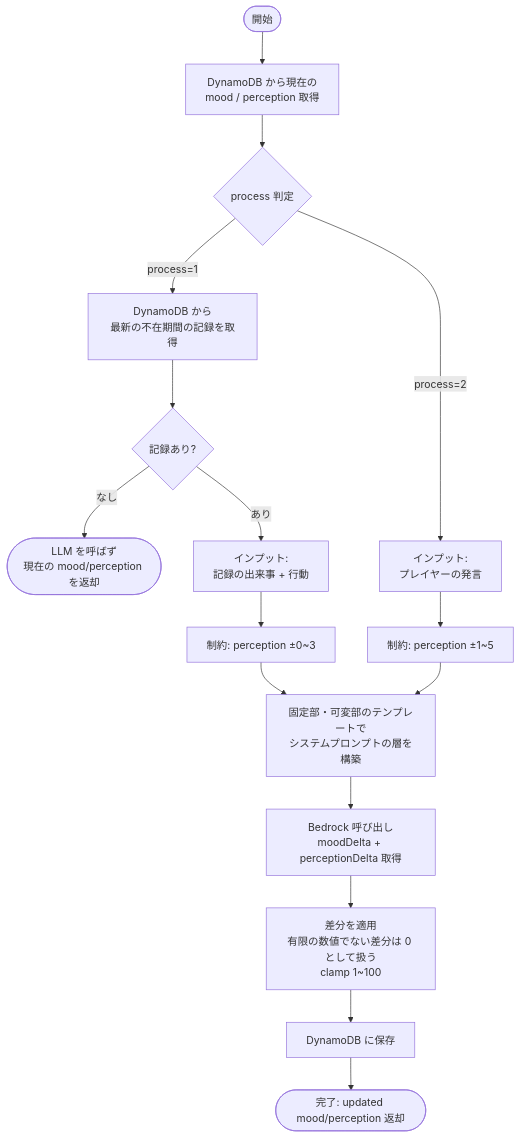
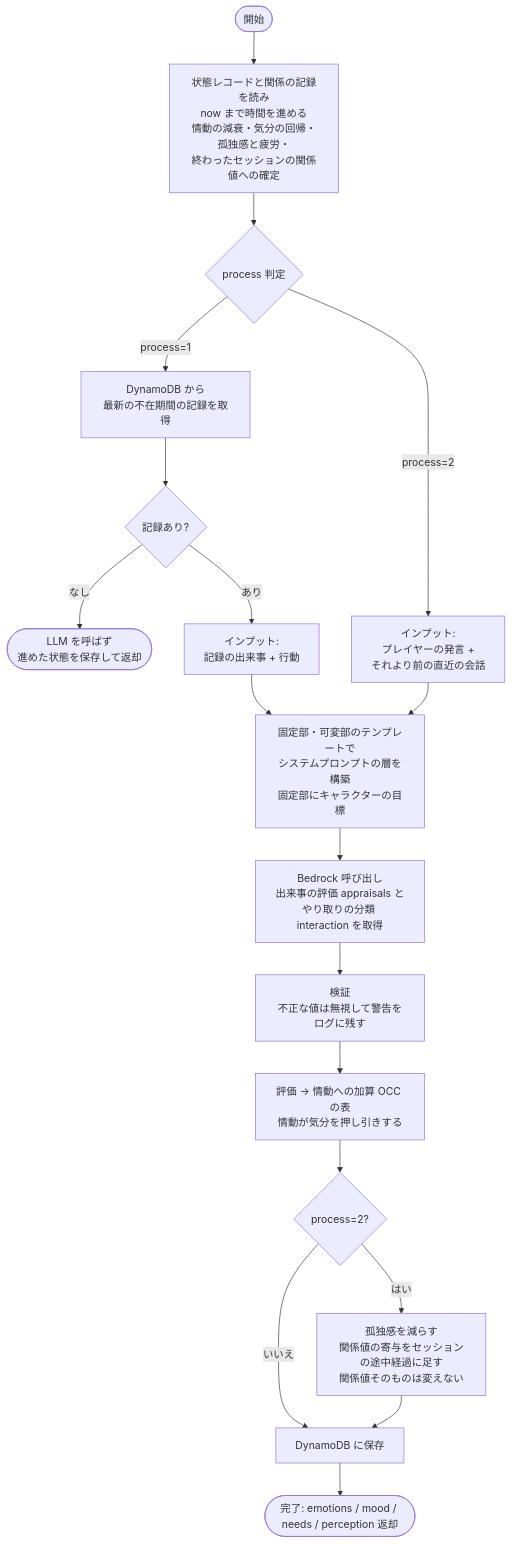
The eighth of 10 diagrams in README.md (yatohana1231-ux/vtuber-simulator-api), drawn with Mermaid before and after one commit. The commit also changed other lines of this file and 117 other files, not shown here.

````diff
--- a/README.md
+++ b/README.md
@@ -392,18 +394,20 @@
 ```mermaid
 flowchart TD
-    START([開始]) --> GET_STATE[DynamoDB から現在の<br/>mood / perception 取得]
-    GET_STATE --> BUILD_INPUT{process 判定}
+    START([開始]) --> LOAD[状態レコードと関係の記録を読み<br/>now まで時間を進める<br/>情動の減衰・気分の回帰・孤独感と疲労・<br/>終わったセッションの関係値への確定]
+    LOAD --> BUILD_INPUT{process 判定}
     BUILD_INPUT -->|process=1| GET_REC[DynamoDB から<br/>最新の不在期間の記録を取得]
     GET_REC --> HAS_REC{記録あり?}
-    HAS_REC -->|なし| SKIP([LLM を呼ばず<br/>現在の mood/perception を返却])
+    HAS_REC -->|なし| SKIP([LLM を呼ばず<br/>進めた状態を保存して返却])
     HAS_REC -->|あり| INPUT1[インプット:<br/>記録の出来事 + 行動]
-    BUILD_INPUT -->|process=2| INPUT2[インプット:<br/>プレイヤーの発言]
-    INPUT1 --> RULE1[制約: perception ±0~3]
-    INPUT2 --> RULE2[制約: perception ±1~5]
-    RULE1 --> PROMPT[固定部・可変部のテンプレートで<br/>システムプロンプトの層を構築]
-    RULE2 --> PROMPT
-    PROMPT --> BEDROCK[Bedrock 呼び出し<br/>moodDelta + perceptionDelta 取得]
-    BEDROCK --> APPLY[差分を適用<br/>有限の数値でない差分は 0 として扱う<br/>clamp 1~100]
-    APPLY --> SAVE[DynamoDB に保存]
-    SAVE --> END_([完了: updated mood/perception 返却])
+    BUILD_INPUT -->|process=2| INPUT2[インプット:<br/>プレイヤーの発言 +<br/>それより前の直近の会話]
+    INPUT1 --> PROMPT[固定部・可変部のテンプレートで<br/>システムプロンプトの層を構築<br/>固定部にキャラクターの目標]
+    INPUT2 --> PROMPT
+    PROMPT --> BEDROCK[Bedrock 呼び出し<br/>出来事の評価 appraisals と<br/>やり取りの分類 interaction を取得]
+    BEDROCK --> PARSE[検証<br/>不正な値は無視して警告をログに残す]
+    PARSE --> EMO[評価 → 情動への加算 OCC の表<br/>情動が気分を押し引きする]
+    EMO --> SESSION{process=2?}
+    SESSION -->|はい| PENDING[孤独感を減らす<br/>関係値の寄与をセッションの途中経過に足す<br/>関係値そのものは変えない]
+    SESSION -->|いいえ| SAVE
+    PENDING --> SAVE[DynamoDB に保存]
+    SAVE --> END_([完了: emotions / mood / needs / perception 返却])
 ```
````
